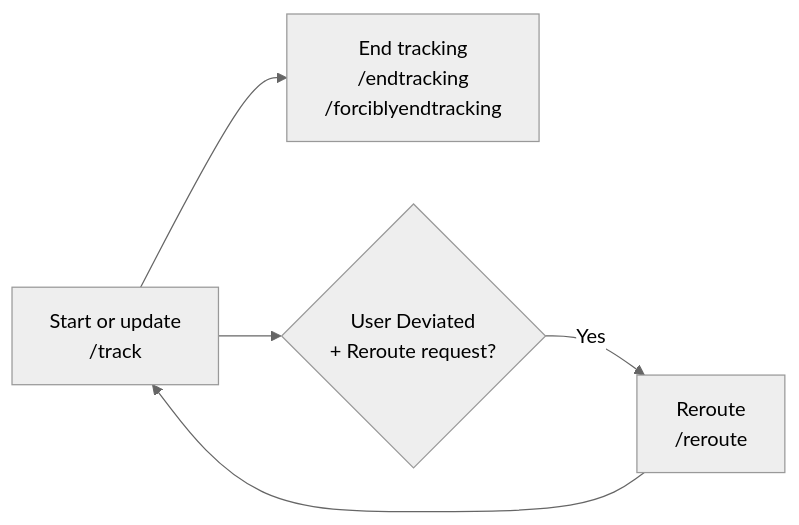
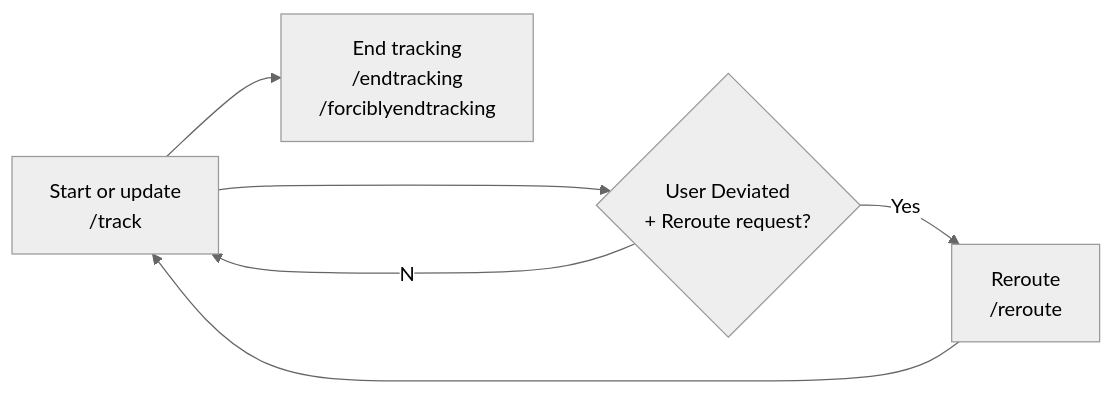
The diagram in live-tracking.md (ibi-group/otp-middleware), drawn with Mermaid (neutral theme) before and after one commit. The commit also changed other lines of this file, not shown here.

````diff
--- a/live-tracking.md
+++ b/live-tracking.md
@@ -18,15 +18,16 @@
 ```mermaid
 flowchart LR
     startOrUpdate[Start or update
     /track]
     endTracking[End tracking
     /endtracking
     /forciblyendtracking]
     deviated{User Deviated
     + Reroute request?}
     reroute["Reroute
     /reroute"]
 startOrUpdate --> deviated--Yes--> reroute --> startOrUpdate
+deviated --No--> startOrUpdate
 startOrUpdate --> endTracking
 
 ```
````
